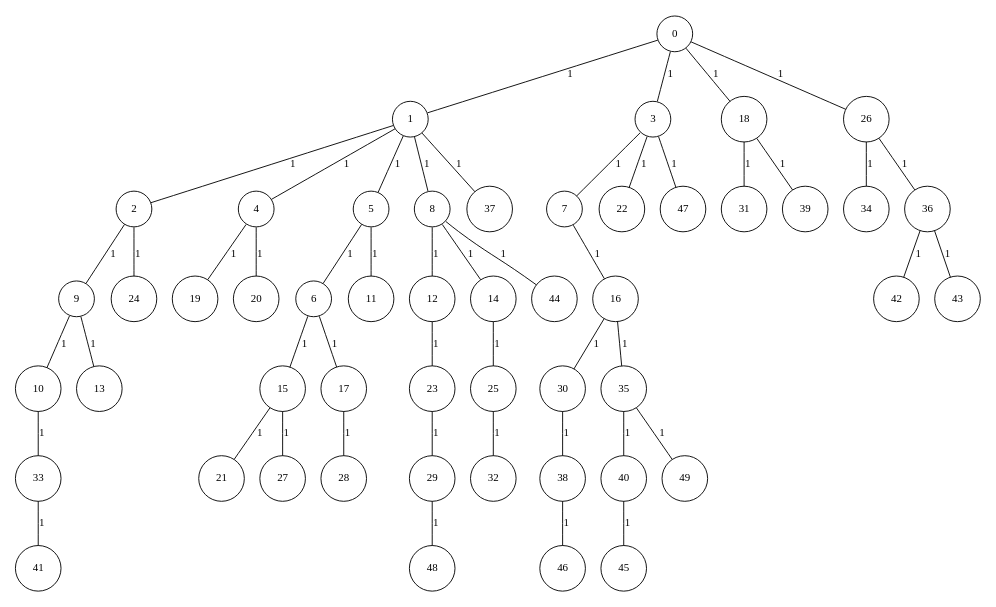
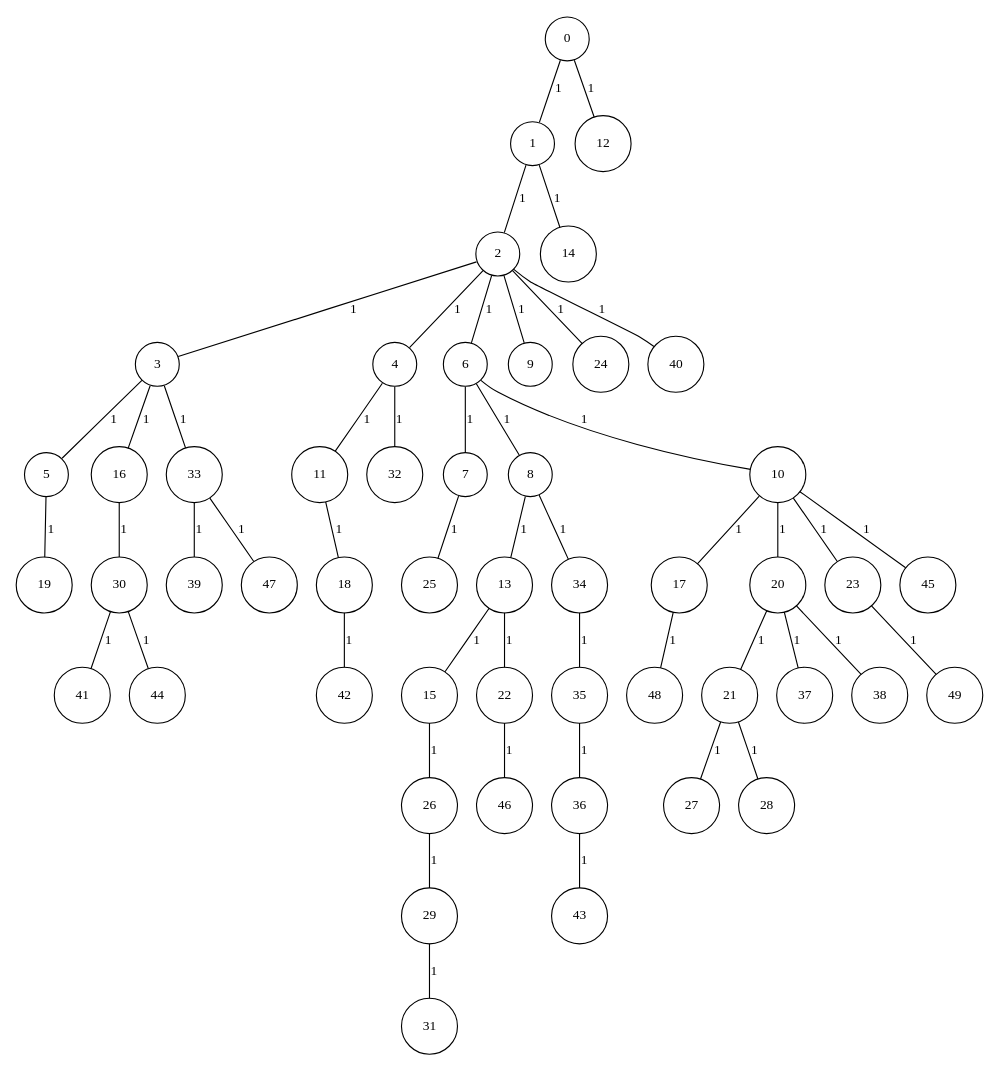
The diagram in GraphGenerator/input/instGraph_50_5.txt.dot (cardosodg/setcover-grasp), drawn with Graphviz before and after one commit. The commit also changed 3448 other files, not shown here.

```diff
--- a/GraphGenerator/input/instGraph_50_5.txt.dot
+++ b/GraphGenerator/input/instGraph_50_5.txt.dot
@@ -1,109 +1,109 @@
 graph G {
 size="8.5,11;"
 ratio = "expand;"
 fixedsize="true;"
 overlap="scale;"
 node[shape=circle,width=.12,hight=.12,fontsize=12]
 edge[fontsize=12]
 
-0[label=" 0" color=black, pos="0.84089872,0.22416371!"];
-1[label=" 1" color=black, pos="0.52870538,1.1887517!"];
-2[label=" 2" color=black, pos="0.9658823,0.45011659!"];
-3[label=" 3" color=black, pos="1.8951246,1.1087852!"];
-4[label=" 4" color=black, pos="1.2409373,1.4092126!"];
-5[label=" 5" color=black, pos="1.2474305,1.1927336!"];
-6[label=" 6" color=black, pos="2.6776549,1.1808862!"];
-7[label=" 7" color=black, pos="1.0470658,1.8277052!"];
-8[label=" 8" color=black, pos="0.052976813,2.8770989!"];
-9[label=" 9" color=black, pos="1.7838074,0.78772929!"];
-10[label=" 10" color=black, pos="0.30407541,2.5644841!"];
-11[label=" 11" color=black, pos="0.88329894,0.11967948!"];
-12[label=" 12" color=black, pos="2.8466422,2.3589475!"];
-13[label=" 13" color=black, pos="1.0485317,0.59477923!"];
-14[label=" 14" color=black, pos="0.63773274,2.1526099!"];
-15[label=" 15" color=black, pos="2.0825677,1.572763!"];
-16[label=" 16" color=black, pos="1.0321839,1.7172267!"];
-17[label=" 17" color=black, pos="1.5157125,0.56568094!"];
-18[label=" 18" color=black, pos="2.7428019,0.018987888!"];
-19[label=" 19" color=black, pos="2.8034344,2.7503371!"];
-20[label=" 20" color=black, pos="1.6675594,0.74414928!"];
-21[label=" 21" color=black, pos="0.66096572,0.44227783!"];
-22[label=" 22" color=black, pos="1.1145939,0.98349698!"];
-23[label=" 23" color=black, pos="2.5752028,1.3327062!"];
-24[label=" 24" color=black, pos="2.006122,1.423378!"];
-25[label=" 25" color=black, pos="0.55488895,2.3416224!"];
-26[label=" 26" color=black, pos="0.11922396,2.9237917!"];
-27[label=" 27" color=black, pos="1.4992776,1.572735!"];
-28[label=" 28" color=black, pos="2.7834134,2.8829283!"];
-29[label=" 29" color=black, pos="1.6558128,0.74307762!"];
-30[label=" 30" color=black, pos="0.9200938,1.9675684!"];
-31[label=" 31" color=black, pos="2.2828346,1.1026832!"];
-32[label=" 32" color=black, pos="1.3502075,1.810791!"];
-33[label=" 33" color=black, pos="0.51512007,2.2027873!"];
-34[label=" 34" color=black, pos="2.5130236,0.55700242!"];
-35[label=" 35" color=black, pos="0.80070778,1.1791383!"];
-36[label=" 36" color=black, pos="1.4466217,0.028500382!"];
-37[label=" 37" color=black, pos="1.3872727,2.8728411!"];
-38[label=" 38" color=black, pos="2.4981526,2.802663!"];
-39[label=" 39" color=black, pos="0.14068402,1.0699438!"];
-40[label=" 40" color=black, pos="1.4314074,1.3959879!"];
-41[label=" 41" color=black, pos="2.0331482,2.5808715!"];
-42[label=" 42" color=black, pos="2.7253542,0.55847308!"];
-43[label=" 43" color=black, pos="0.26761133,2.1101832!"];
-44[label=" 44" color=black, pos="0.79967799,1.8166674!"];
-45[label=" 45" color=black, pos="2.9102616,1.4943171!"];
-46[label=" 46" color=black, pos="1.529918,2.1894014!"];
-47[label=" 47" color=black, pos="0.2023264,2.1614935!"];
-48[label=" 48" color=black, pos="0.14007993,1.5802613!"];
-49[label=" 49" color=black, pos="1.1562567,2.7193999!"];
+0[label=" 0" color=black, pos="1.165321,0.30199679!"];
+1[label=" 1" color=black, pos="0.5439367,1.1161939!"];
+2[label=" 2" color=black, pos="2.1920419,1.7827207!"];
+3[label=" 3" color=black, pos="0.58299185,2.7518784!"];
+4[label=" 4" color=black, pos="0.29321233,2.61547!"];
+5[label=" 5" color=black, pos="2.2983432,0.28558915!"];
+6[label=" 6" color=black, pos="0.2721807,2.1869811!"];
+7[label=" 7" color=black, pos="0.7444293,1.6851752!"];
+8[label=" 8" color=black, pos="0.73758771,0.50311397!"];
+9[label=" 9" color=black, pos="2.8361837,1.6134609!"];
+10[label=" 10" color=black, pos="2.0587572,2.7086759!"];
+11[label=" 11" color=black, pos="2.5386863,0.54303848!"];
+12[label=" 12" color=black, pos="0.75993542,0.40182953!"];
+13[label=" 13" color=black, pos="0.077567272,0.21875751!"];
+14[label=" 14" color=black, pos="1.5424794,2.0814416!"];
+15[label=" 15" color=black, pos="2.605683,0.19665895!"];
+16[label=" 16" color=black, pos="1.7537888,2.6247951!"];
+17[label=" 17" color=black, pos="0.31908082,0.61819819!"];
+18[label=" 18" color=black, pos="1.6344376,2.0195871!"];
+19[label=" 19" color=black, pos="1.7874284,0.0050224522!"];
+20[label=" 20" color=black, pos="2.7211341,2.6056425!"];
+21[label=" 21" color=black, pos="0.094270662,2.1484493!"];
+22[label=" 22" color=black, pos="2.2301386,1.9236587!"];
+23[label=" 23" color=black, pos="1.9965078,2.1790922!"];
+24[label=" 24" color=black, pos="0.82009052,2.3402691!"];
+25[label=" 25" color=black, pos="0.042143229,0.5170094!"];
+26[label=" 26" color=black, pos="0.28534143,1.8497047!"];
+27[label=" 27" color=black, pos="1.0992222,1.6201337!"];
+28[label=" 28" color=black, pos="0.26157911,1.6190576!"];
+29[label=" 29" color=black, pos="2.0501762,2.9925998!"];
+30[label=" 30" color=black, pos="0.99739792,0.11613625!"];
+31[label=" 31" color=black, pos="1.0365761,2.7442023!"];
+32[label=" 32" color=black, pos="1.0991157,1.9958379!"];
+33[label=" 33" color=black, pos="1.0429388,2.8178397!"];
+34[label=" 34" color=black, pos="0.049443876,2.4010501!"];
+35[label=" 35" color=black, pos="1.5222715,0.96902232!"];
+36[label=" 36" color=black, pos="0.24695996,0.13970039!"];
+37[label=" 37" color=black, pos="1.3555869,0.57745089!"];
+38[label=" 38" color=black, pos="1.0485586,2.3468905!"];
+39[label=" 39" color=black, pos="0.98881557,0.94180126!"];
+40[label=" 40" color=black, pos="0.17556431,0.22919012!"];
+41[label=" 41" color=black, pos="2.4504865,0.54678328!"];
+42[label=" 42" color=black, pos="1.7145742,2.6485964!"];
+43[label=" 43" color=black, pos="1.9690171,1.0206964!"];
+44[label=" 44" color=black, pos="2.2056987,2.5131132!"];
+45[label=" 45" color=black, pos="2.2926969,1.9142704!"];
+46[label=" 46" color=black, pos="2.7841513,1.4263902!"];
+47[label=" 47" color=black, pos="0.35225377,0.86089805!"];
+48[label=" 48" color=black, pos="1.3058307,1.7463212!"];
+49[label=" 49" color=black, pos="1.137118,2.2562476!"];
 0--1[label="1"]
-0--3[label="1"]
-0--18[label="1"]
-0--26[label="1"]
+0--12[label="1"]
 1--2[label="1"]
-1--4[label="1"]
-1--5[label="1"]
-1--8[label="1"]
-1--37[label="1"]
+1--14[label="1"]
+2--3[label="1"]
+2--4[label="1"]
+2--6[label="1"]
 2--9[label="1"]
 2--24[label="1"]
-3--7[label="1"]
-3--22[label="1"]
-3--47[label="1"]
-4--19[label="1"]
-4--20[label="1"]
-5--6[label="1"]
-5--11[label="1"]
-6--15[label="1"]
-6--17[label="1"]
-7--16[label="1"]
-8--12[label="1"]
-8--14[label="1"]
-8--44[label="1"]
-9--10[label="1"]
-9--13[label="1"]
-10--33[label="1"]
-12--23[label="1"]
-14--25[label="1"]
-15--21[label="1"]
-15--27[label="1"]
+2--40[label="1"]
+3--5[label="1"]
+3--16[label="1"]
+3--33[label="1"]
+4--11[label="1"]
+4--32[label="1"]
+5--19[label="1"]
+6--7[label="1"]
+6--8[label="1"]
+6--10[label="1"]
+7--25[label="1"]
+8--13[label="1"]
+8--34[label="1"]
+10--17[label="1"]
+10--20[label="1"]
+10--23[label="1"]
+10--45[label="1"]
+11--18[label="1"]
+13--15[label="1"]
+13--22[label="1"]
+15--26[label="1"]
 16--30[label="1"]
-16--35[label="1"]
-17--28[label="1"]
-18--31[label="1"]
-18--39[label="1"]
-23--29[label="1"]
-25--32[label="1"]
-26--34[label="1"]
-26--36[label="1"]
-29--48[label="1"]
-30--38[label="1"]
-33--41[label="1"]
-35--40[label="1"]
-35--49[label="1"]
-36--42[label="1"]
+17--48[label="1"]
+18--42[label="1"]
+20--21[label="1"]
+20--37[label="1"]
+20--38[label="1"]
+21--27[label="1"]
+21--28[label="1"]
+22--46[label="1"]
+23--49[label="1"]
+26--29[label="1"]
+29--31[label="1"]
+30--41[label="1"]
+30--44[label="1"]
+33--39[label="1"]
+33--47[label="1"]
+34--35[label="1"]
+35--36[label="1"]
 36--43[label="1"]
-38--46[label="1"]
-40--45[label="1"]
 
 }
```
